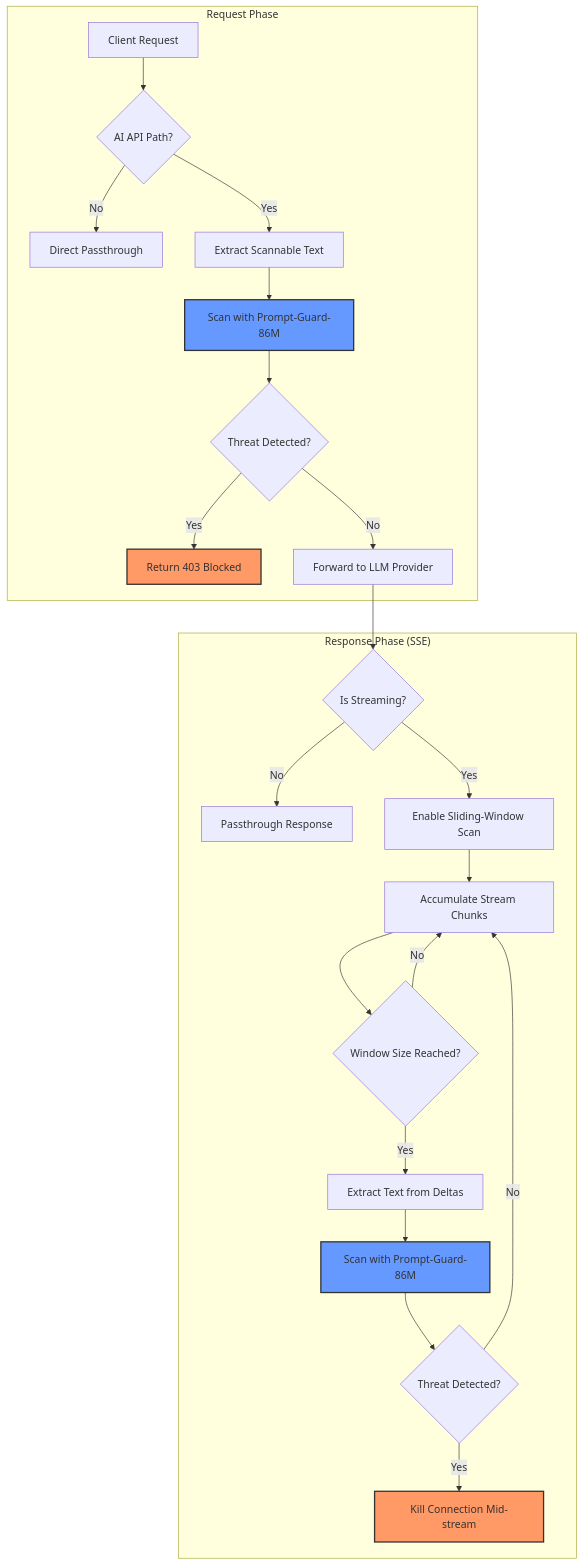
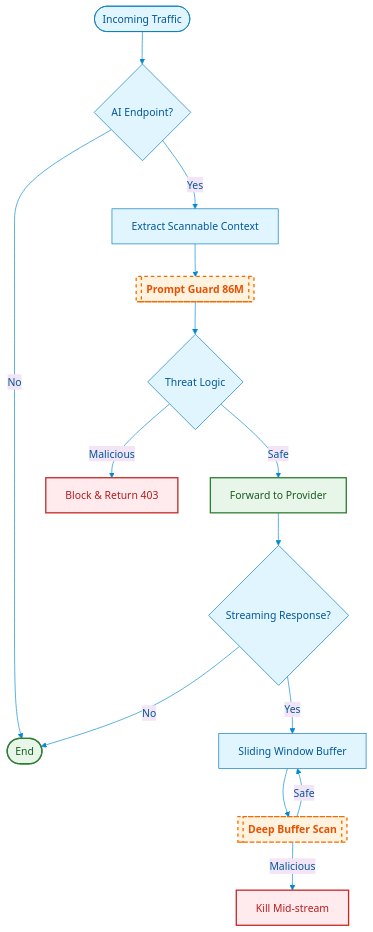
Before and after one commit to JC-lurker/Prompt-Guard-86m: the diagram in README.md, drawn with Mermaid.

````diff
--- a/README.md
+++ b/README.md
@@ -16,31 +16,53 @@
 ```mermaid
+%%{init: {
+  'theme': 'base',
+  'themeVariables': {
+    'primaryColor': '#e1f5fe',
+    'primaryTextColor': '#01579b',
+    'primaryBorderColor': '#0288d1',
+    'lineColor': '#0288d1',
+    'secondaryColor': '#f3e5f5',
+    'tertiaryColor': '#e8f5e9'
+  }
+}}%%
 graph TD
-    subgraph "Request Phase"
-        A[Client Request] --> B{AI API Path?}
-        B -- No --> C[Direct Passthrough]
-        B -- Yes --> D[Extract Scannable Text]
-        D --> E[Scan with Prompt-Guard-86M]
-        E --> F{Threat Detected?}
-        F -- Yes --> G[Return 403 Blocked]
-        F -- No --> H[Forward to LLM Provider]
-    end
+    %% Node Definitions
+    Start([Incoming Traffic])
+    PathCheck{AI Endpoint?}
+    Extract[Extract Scannable Context]
+    Model[[<b>Prompt Guard 86M</b>]]
+    Score{Threat Logic}
+    Block[Block & Return 403]
+    Forward[Forward to Provider]
+    StreamCheck{Streaming Response?}
+    Window[Sliding Window Buffer]
+    BufferScan[[<b>Deep Buffer Scan</b>]]
+    Kill[Kill Mid-stream]
+    Done([End])
 
-    subgraph "Response Phase (SSE)"
-        H --> I{Is Streaming?}
-        I -- No --> J[Passthrough Response]
-        I -- Yes --> K[Enable Sliding-Window Scan]
-        K --> L[Accumulate Stream Chunks]
-        L --> M{Window Size Reached?}
-        M -- No --> L
-        M -- Yes --> N[Extract Text from Deltas]
-        N --> O[Scan with Prompt-Guard-86M]
-        O --> P{Threat Detected?}
-        P -- Yes --> Q[Kill Connection Mid-stream]
-        P -- No --> L
-    end
+    %% Flow
+    Start --> PathCheck
+    PathCheck -- "No" --> Done
+    PathCheck -- "Yes" --> Extract
+    Extract --> Model
+    Model --> Score
+    Score -- "Malicious" --> Block
+    Score -- "Safe" --> Forward
+    Forward --> StreamCheck
+    StreamCheck -- "No" --> Done
+    StreamCheck -- "Yes" --> Window
+    Window --> BufferScan
+    BufferScan -- "Malicious" --> Kill
+    BufferScan -- "Safe" --> Window
 
-    style G fill:#f96,stroke:#333,stroke-width:2px
-    style Q fill:#f96,stroke:#333,stroke-width:2px
-    style E fill:#69f,stroke:#333,stroke-width:2px
-    style O fill:#69f,stroke:#333,stroke-width:2px
+    %% Styling
+    classDef malicious fill:#ffebee,stroke:#c62828,color:#b71c1c,stroke-width:2px;
+    classDef safe fill:#e8f5e9,stroke:#2e7d32,color:#1b5e20,stroke-width:2px;
+    classDef logic fill:#e1f5fe,stroke:#0277bd,color:#01579b;
+    classDef ai fill:#fff3e0,stroke:#ef6c00,color:#e65100,stroke-width:2px,stroke-dasharray: 5 5;
+
+    class Block,Kill malicious;
+    class Forward,Done safe;
+    class Start,PathCheck,Extract,Score,StreamCheck,Window logic;
+    class Model,BufferScan ai;
 ```
````
